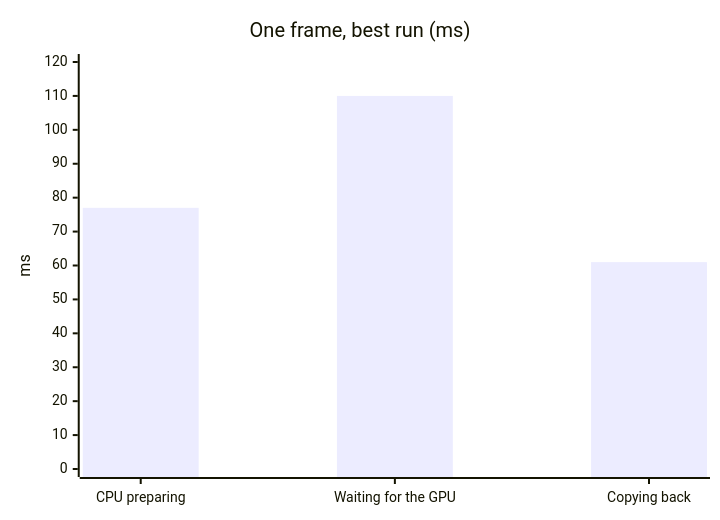
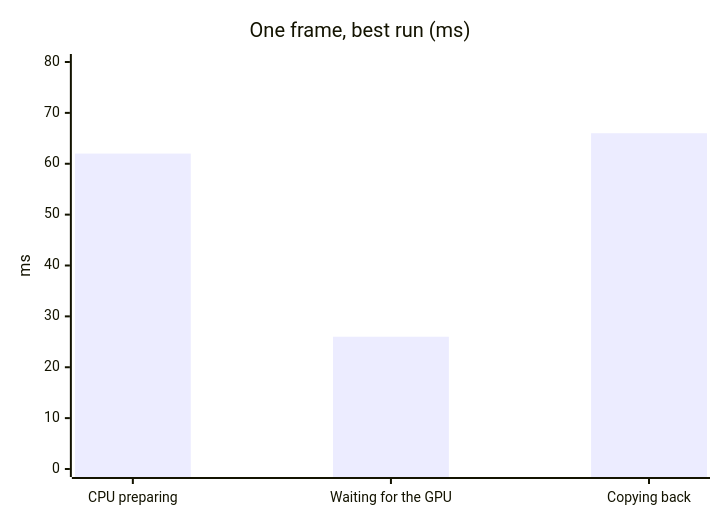
The second of 2 diagrams in README.md (brothernog/rota), drawn with Mermaid before and after one commit. The commit also changed other lines of this file and 2 other files, not shown here.

````diff
--- a/README.md
+++ b/README.md
@@ -60,7 +63,7 @@
 ```mermaid
 xychart-beta
     title "One frame, best run (ms)"
     x-axis ["CPU preparing", "Waiting for the GPU", "Copying back"]
-    y-axis "ms" 0 --> 120
-    bar [77, 110, 61]
+    y-axis "ms" 0 --> 80
+    bar [62, 26, 66]
 ```
````
